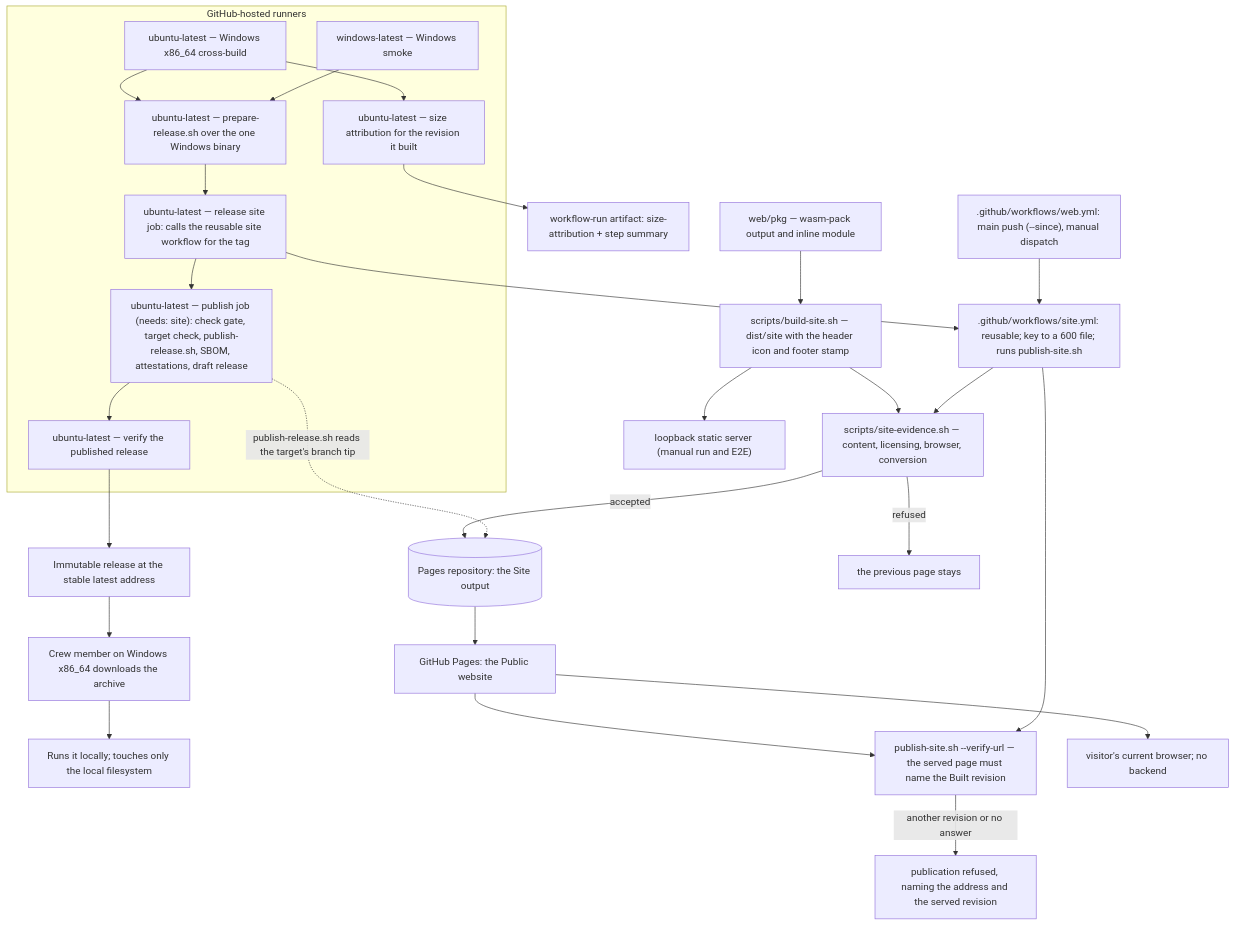
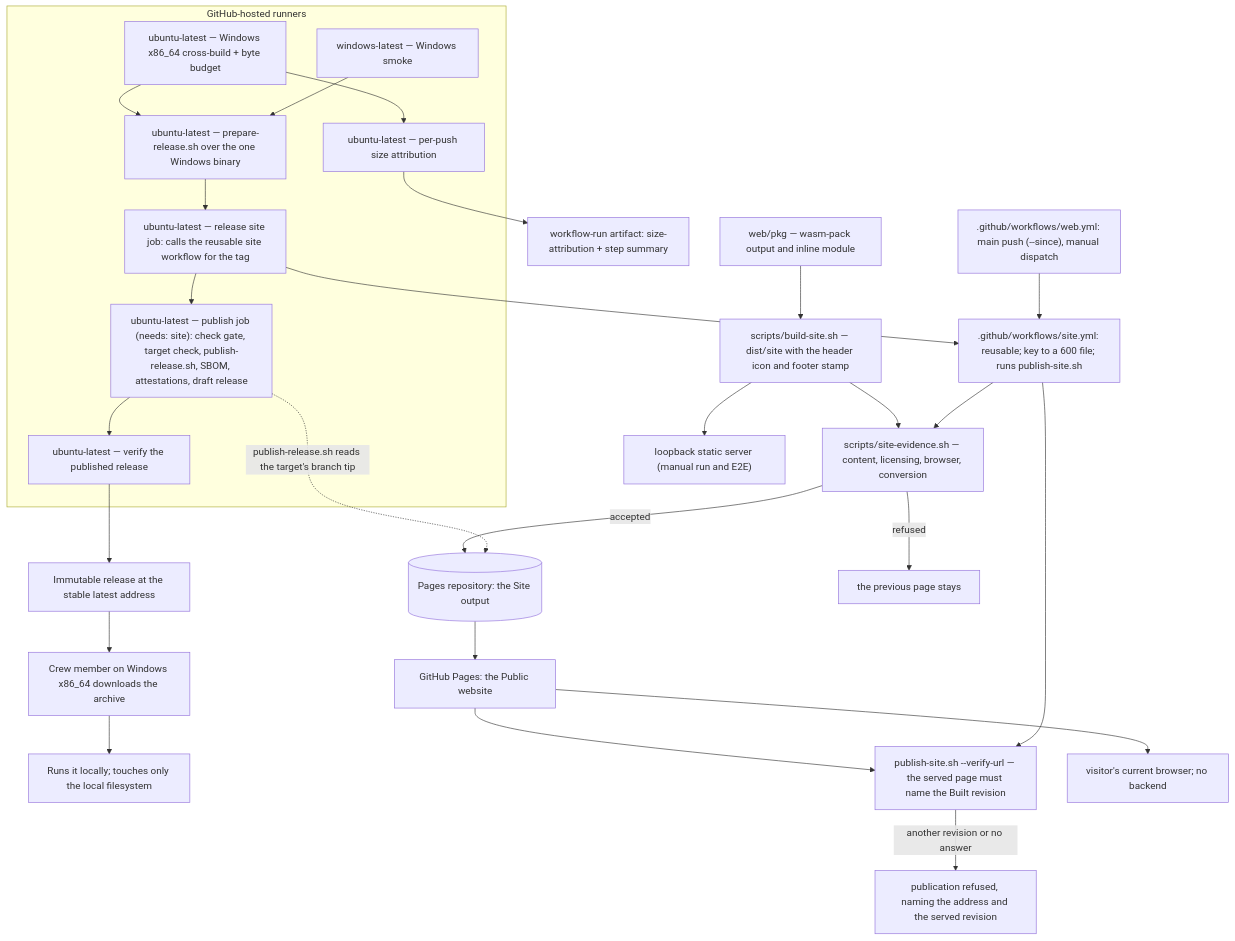
One commit to duty2cal/duty2cal changed the first of 2 diagrams in docs/arc42/07-deployment-view.md. Above: the diagram before and after it, drawn with Mermaid. The commit also changed other lines of this file and 61 other files, not shown here.

````diff
--- a/docs/arc42/07-deployment-view.md
+++ b/docs/arc42/07-deployment-view.md
@@ -15,34 +23,34 @@
 ```mermaid
 flowchart TB
   subgraph host["GitHub-hosted runners"]
-    b1["ubuntu-latest — Windows x86_64 cross-build"]
-    attr["ubuntu-latest — size attribution for the revision it built"]
+    b1["ubuntu-latest — Windows x86_64 cross-build + byte budget"]
+    attr["ubuntu-latest — per-push size attribution"]
     sm["windows-latest — Windows smoke"]
     prep["ubuntu-latest — prepare-release.sh over the one Windows binary"]
     sitejob["ubuntu-latest — release site job: calls the reusable site workflow for the tag"]
     pub["ubuntu-latest — publish job (needs: site): check gate, target check, publish-release.sh, SBOM, attestations, draft release"]
     ver["ubuntu-latest — verify the published release"]
   end
   b1 --> prep
   b1 --> attr
   attr --> art["workflow-run artifact: size-attribution + step summary"]
   sm --> prep
   prep --> sitejob --> pub --> ver
   ver --> rel["Immutable release at the stable latest address"]
   rel --> dl["Crew member on Windows x86_64 downloads the archive"]
   dl --> run["Runs it locally; touches only the local filesystem"]
   bundle["web/pkg — wasm-pack output and inline module"] --> assemble["scripts/build-site.sh — dist/site with the header icon and footer stamp"]
   assemble --> gate["scripts/site-evidence.sh — content, licensing, browser, conversion"]
   gate -->|"accepted"| pages[("Pages repository: the Site output")]
   gate -->|"refused"| prev["the previous page stays"]
   pages --> served["GitHub Pages: the Public website"]
   served --> verify["publish-site.sh --verify-url — the served page must name the Built revision"]
   verify -->|"another revision or no answer"| refusedserve["publication refused, naming the address and the served revision"]
   served --> visitor["visitor's current browser; no backend"]
   assemble --> loop["loopback static server (manual run and E2E)"]
   webwf[".github/workflows/web.yml: main push (--since), manual dispatch"] --> sitewf
   sitejob --> sitewf
   sitewf[".github/workflows/site.yml: reusable; key to a 600 file; runs publish-site.sh"] --> gate
   sitewf --> verify
   pub -.->|"publish-release.sh reads the target's branch tip"| pages
 ```
````
